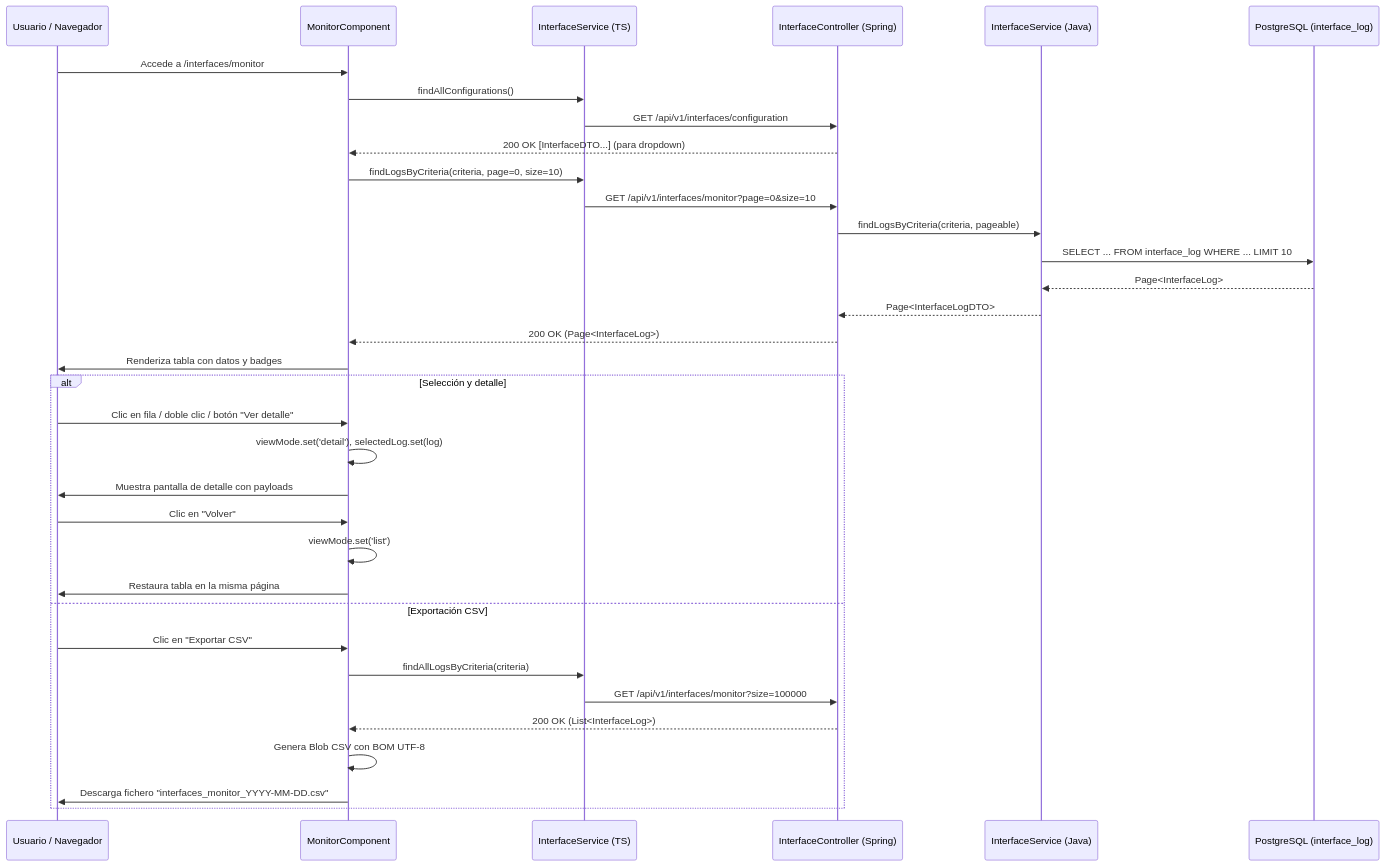
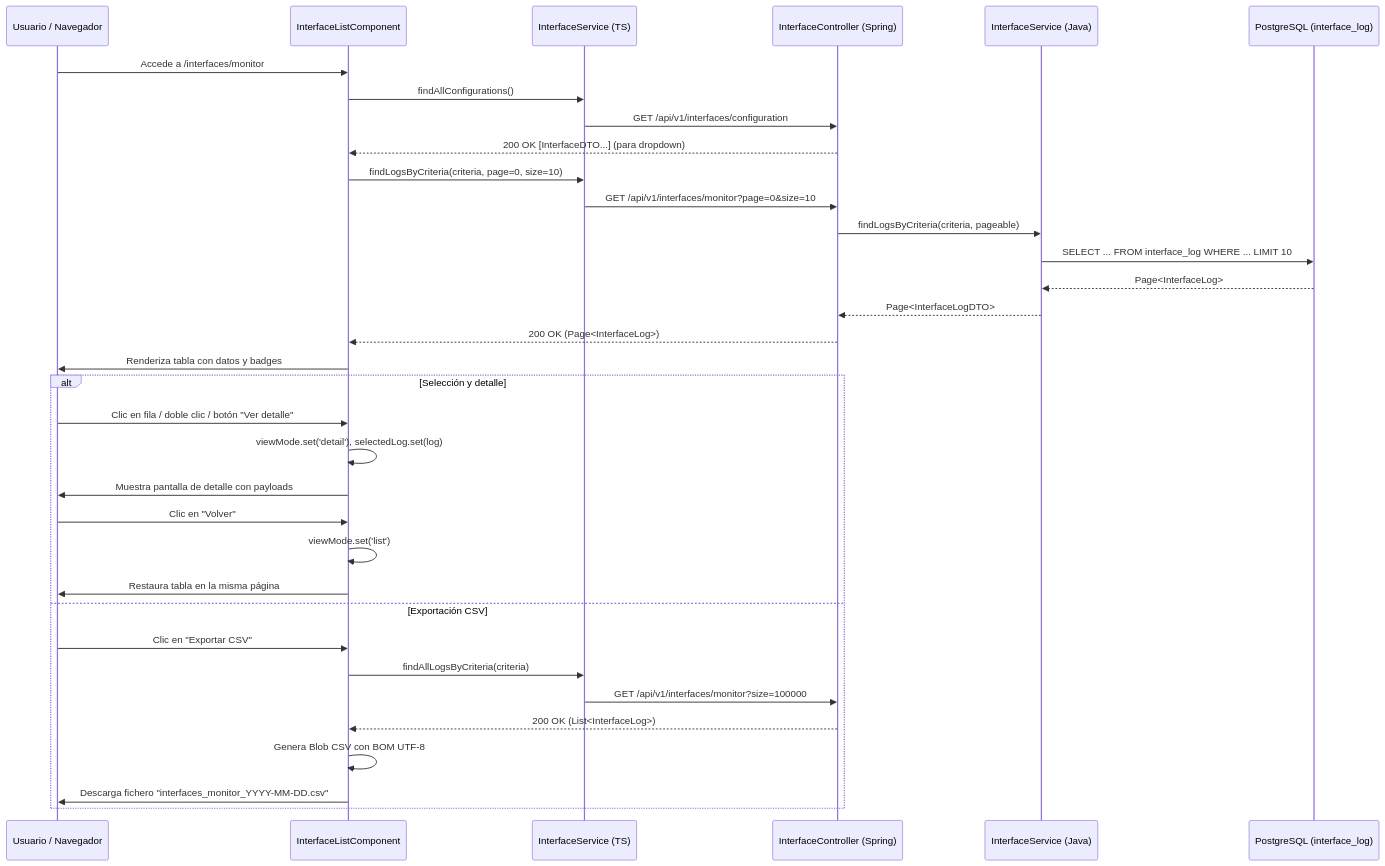
Before and after one commit to ijgomez/template: the diagram in template-docs/02-functional/interfaces/monitor/monitor.md, drawn with Mermaid. The commit also changed other lines of this file and 5 other files, not shown here.

First line of the commit message:
refactor(dashboard): move monitor to pages/interface-list

````diff
--- a/template-docs/02-functional/interfaces/monitor/monitor.md
+++ b/template-docs/02-functional/interfaces/monitor/monitor.md
@@ -172,38 +172,38 @@
 ```mermaid
 sequenceDiagram
     participant U as Usuario / Navegador
-    participant MC as MonitorComponent
+    participant MC as InterfaceListComponent
     participant IS as InterfaceService (TS)
     participant IC as InterfaceController (Spring)
     participant S as InterfaceService (Java)
     participant DB as PostgreSQL (interface_log)
 
     U->>MC: Accede a /interfaces/monitor
     MC->>IS: findAllConfigurations()
     IS->>IC: GET /api/v1/interfaces/configuration
     IC-->>MC: 200 OK [InterfaceDTO...] (para dropdown)
     MC->>IS: findLogsByCriteria(criteria, page=0, size=10)
     IS->>IC: GET /api/v1/interfaces/monitor?page=0&size=10
     IC->>S: findLogsByCriteria(criteria, pageable)
     S->>DB: SELECT ... FROM interface_log WHERE ... LIMIT 10
     DB-->>S: Page<InterfaceLog>
     S-->>IC: Page<InterfaceLogDTO>
     IC-->>MC: 200 OK (Page<InterfaceLog>)
     MC->>U: Renderiza tabla con datos y badges
 
     alt Selección y detalle
         U->>MC: Clic en fila / doble clic / botón "Ver detalle"
         MC->>MC: viewMode.set('detail'), selectedLog.set(log)
         MC->>U: Muestra pantalla de detalle con payloads
         U->>MC: Clic en "Volver"
         MC->>MC: viewMode.set('list')
         MC->>U: Restaura tabla en la misma página
     else Exportación CSV
         U->>MC: Clic en "Exportar CSV"
         MC->>IS: findAllLogsByCriteria(criteria)
         IS->>IC: GET /api/v1/interfaces/monitor?size=100000
         IC-->>MC: 200 OK (List<InterfaceLog>)
         MC->>MC: Genera Blob CSV con BOM UTF-8
         MC->>U: Descarga fichero "interfaces_monitor_YYYY-MM-DD.csv"
     end
 ```
````
